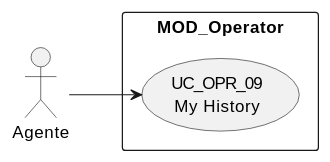
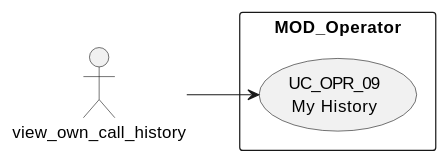
The first of 4 diagrams in source/requisitos/casos-uso/operator/uc-opr-09/diagramas-uml.rst (jcg-admin/IACT-docs), drawn with PlantUML before and after one commit. The commit also changed other lines of this file and 77 other files, not shown here.

First line of the commit message:
Enforce RBAC function names as actors in all UML diagrams

```diff
--- a/source/requisitos/casos-uso/operator/uc-opr-09/diagramas-uml.rst
+++ b/source/requisitos/casos-uso/operator/uc-opr-09/diagramas-uml.rst
@@ -10,10 +10,10 @@
 .. uml::
 
  @startuml
  left to right direction
- actor "Agente" as A
+ actor "view_own_call_history" as A
  rectangle "MOD_Operator" {
    usecase "UC_OPR_09\nMy History" as UC
  }
  A --> UC
  @enduml
```
